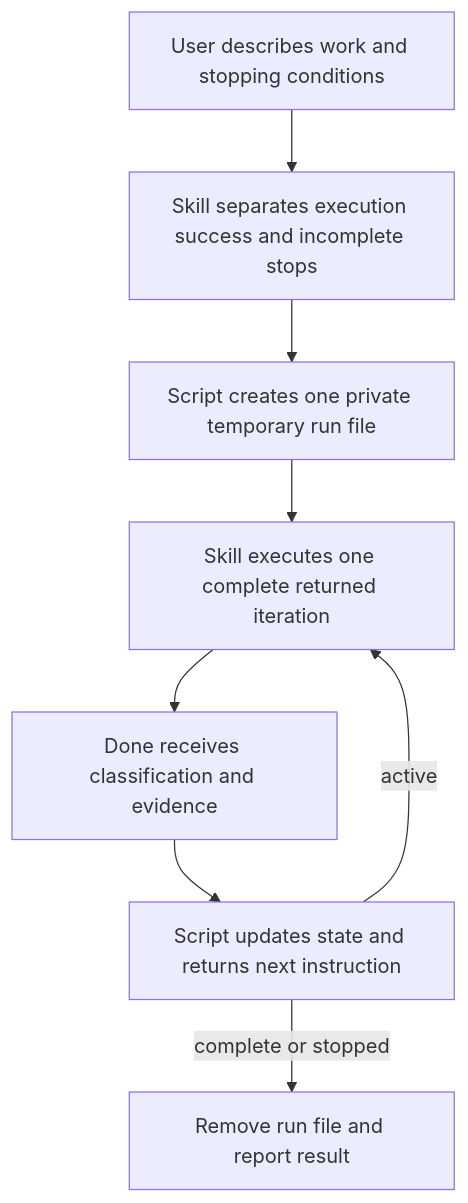
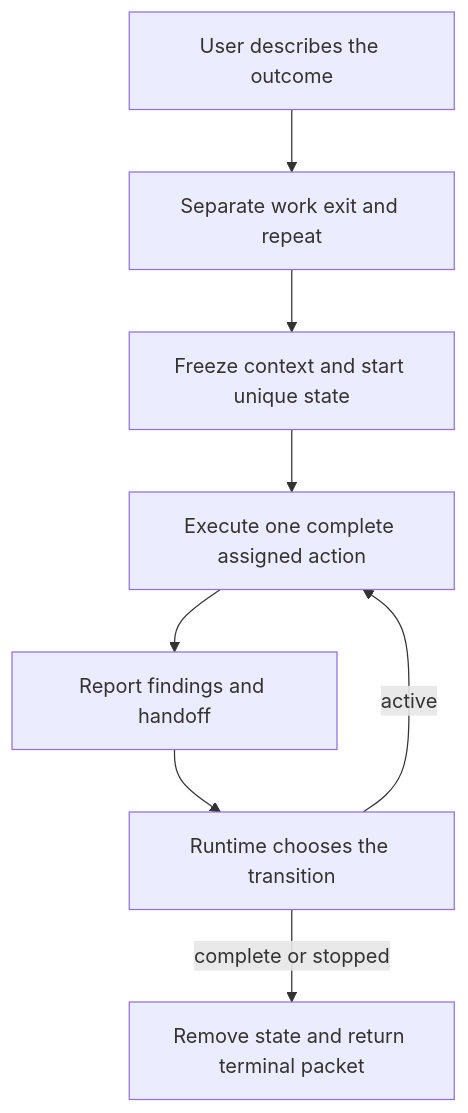
The first of 6 diagrams in README.md (whichguy/until-loop), drawn with Mermaid before and after one commit. The commit also changed other lines of this file and 3 other files, not shown here.

````diff
--- a/README.md
+++ b/README.md
@@ -3,10 +3,10 @@
 ```mermaid
 flowchart TD
-    Request[User describes work and stopping conditions] --> Interpret[Skill separates execution success and incomplete stops]
-    Interpret --> Start[Script creates one private temporary run file]
-    Start --> Execute[Skill executes one complete returned iteration]
-    Execute --> Done[Done receives classification and evidence]
-    Done --> Decide[Script updates state and returns next instruction]
-    Decide -->|active| Execute
-    Decide -->|complete or stopped| End[Remove run file and report result]
+    Request[User describes the outcome] --> Split[Separate work exit and repeat]
+    Split --> Start[Freeze context and start unique state]
+    Start --> Action[Execute one complete assigned action]
+    Action --> Report[Report findings and handoff]
+    Report --> Decide[Runtime chooses the transition]
+    Decide -->|active| Action
+    Decide -->|complete or stopped| Terminal[Remove state and return terminal packet]
 ```
````
